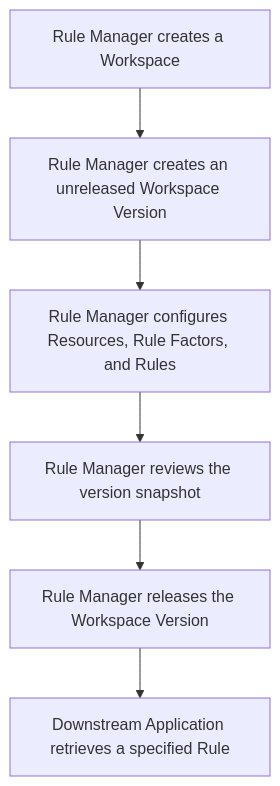
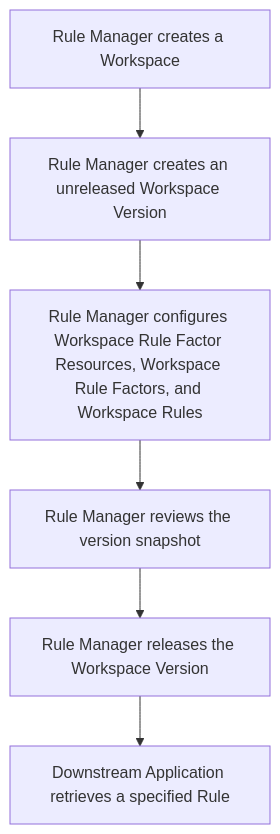
One commit to huang-xiao-jian/themis changed the first of 2 diagrams in specs/copernicus/requirement.md. Above: the diagram before and after it, drawn with Mermaid. The commit also changed other lines of this file and 31 other files, not shown here.

````diff
--- a/specs/copernicus/requirement.md
+++ b/specs/copernicus/requirement.md
@@ -80,15 +80,15 @@
 ```mermaid
 flowchart TD
     createWorkspace[Rule Manager creates a Workspace]
     createFirstDraft[Rule Manager creates an unreleased Workspace Version]
-    configureFirstDraft[Rule Manager configures Resources, Rule Factors, and Rules]
+    configureFirstDraft[Rule Manager configures Workspace Rule Factor Resources, Workspace Rule Factors, and Workspace Rules]
     reviewFirstDraft[Rule Manager reviews the version snapshot]
     releaseFirstDraft[Rule Manager releases the Workspace Version]
     retrieveRule[Downstream Application retrieves a specified Rule]
 
     createWorkspace --> createFirstDraft
     createFirstDraft --> configureFirstDraft
     configureFirstDraft --> reviewFirstDraft
     reviewFirstDraft --> releaseFirstDraft
     releaseFirstDraft --> retrieveRule
 ```
````
